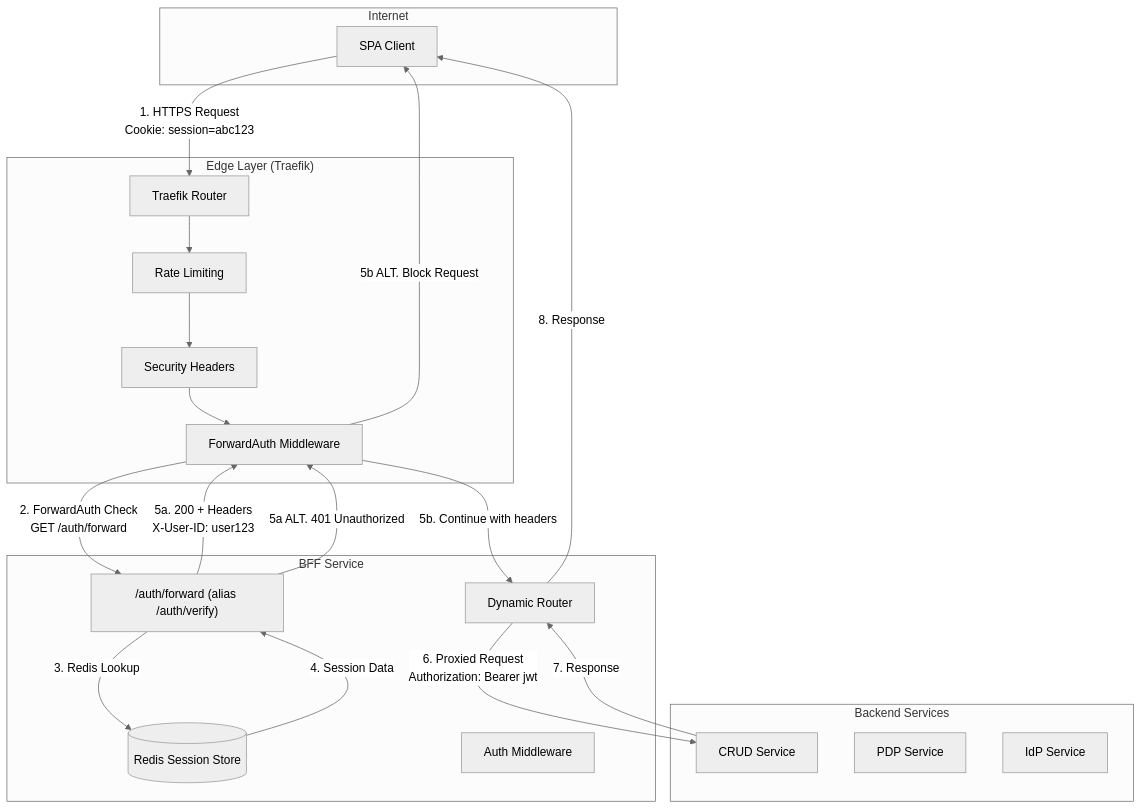
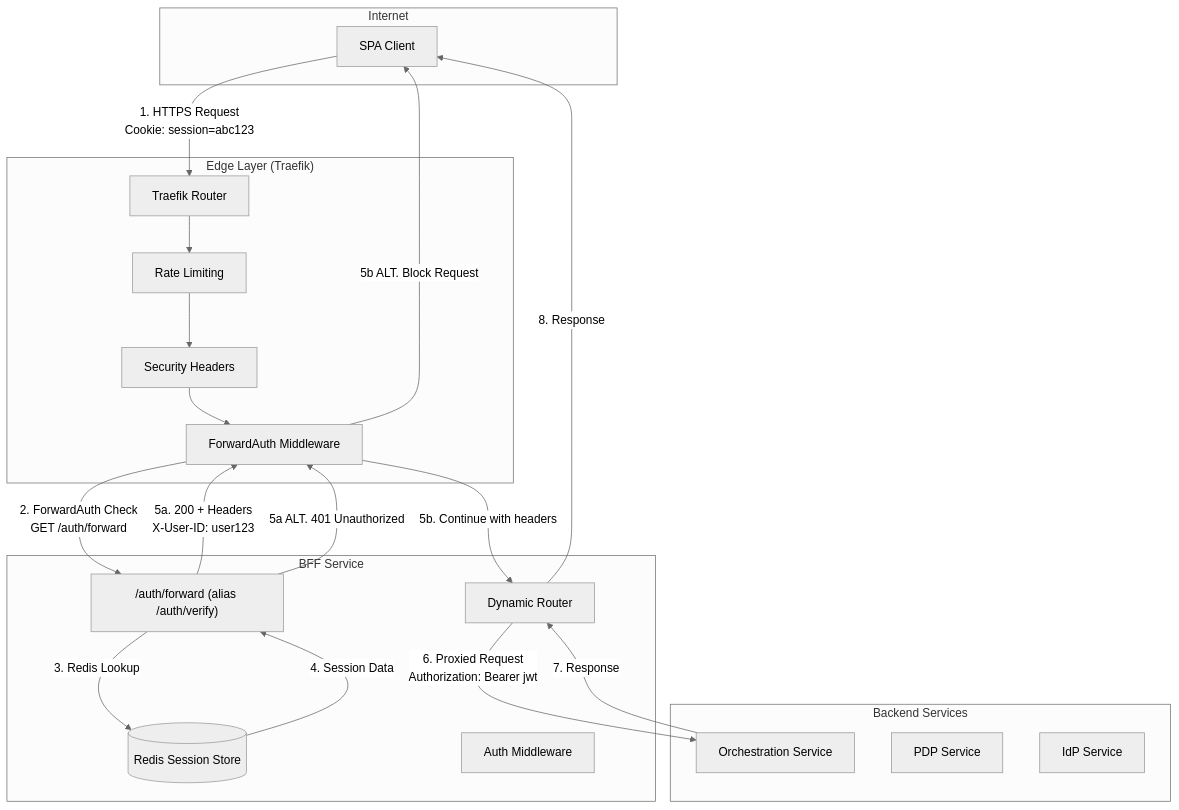
One commit to empowerID/empowernow_docs changed the fourth of 4 diagrams in static/resources/bff/BFF_Authentication_Architecture_CORRECTED.md. Above: the diagram before and after it, drawn with Mermaid (neutral theme). The commit also changed 82 other files, not shown here.

````diff
--- a/static/resources/bff/BFF_Authentication_Architecture_CORRECTED.md
+++ b/static/resources/bff/BFF_Authentication_Architecture_CORRECTED.md
@@ -655,42 +655,42 @@
 ```mermaid
 graph TD
     subgraph "Internet"
         Client[SPA Client]
     end
     
     subgraph "Edge Layer (Traefik)"
         TR[Traefik Router]
         MW1[Rate Limiting]
         MW2[Security Headers]
         MW3[ForwardAuth Middleware]
     end
     
     subgraph "BFF Service"
         FA["/auth/forward (alias /auth/verify)"]
         Redis[(Redis Session Store)]
         Auth[Auth Middleware]
         Router[Dynamic Router]
     end
     
     subgraph "Backend Services"
-        CRUD[CRUD Service]
+        CRUD[Orchestration Service]
         PDP[PDP Service]
         IdP[IdP Service]
     end
     
     Client -->|"1. HTTPS Request<br/>Cookie: session=abc123"| TR
     TR --> MW1
     MW1 --> MW2
     MW2 --> MW3
     MW3 -->|"2. ForwardAuth Check<br/>GET /auth/forward"| FA
     FA -->|"3. Redis Lookup"| Redis
     Redis -->|"4. Session Data"| FA
     FA -->|"5a. 200 + Headers<br/>X-User-ID: user123"| MW3
     MW3 -->|"5b. Continue with headers"| Router
     Router -->|"6. Proxied Request<br/>Authorization: Bearer jwt"| CRUD
     CRUD -->|"7. Response"| Router
     Router -->|"8. Response"| Client
     
     FA -->|"5a ALT. 401 Unauthorized"| MW3
     MW3 -->|"5b ALT. Block Request"| Client
 ```
````
